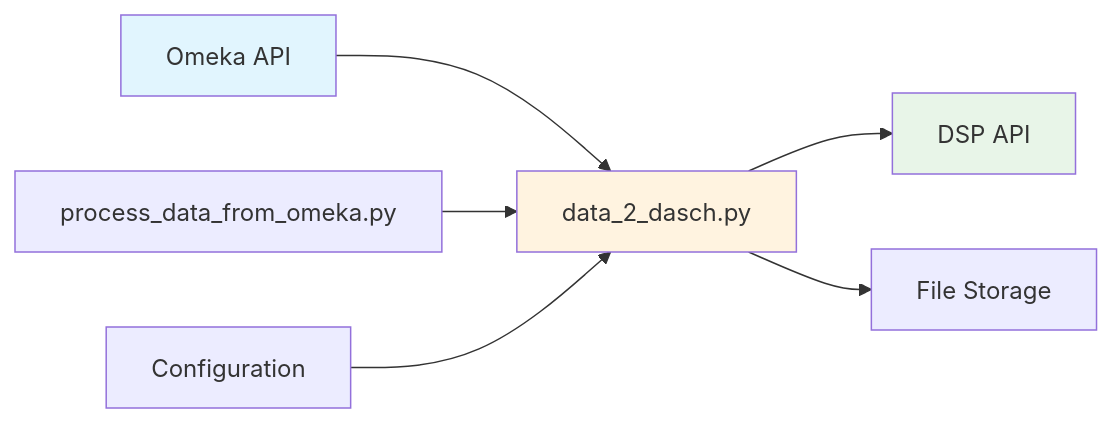
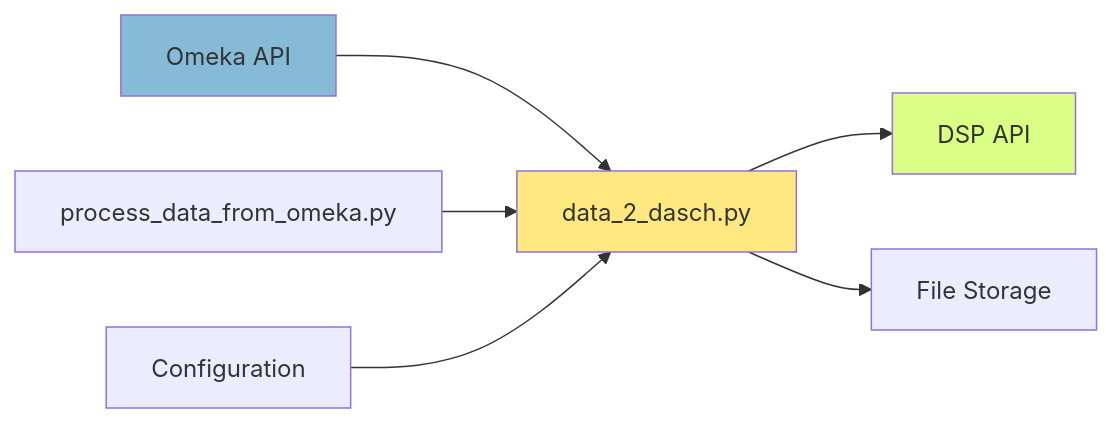
The diagram in docs/index.qmd (Stadt-Geschichte-Basel/omeka2dsp), drawn with Mermaid before and after one commit. The commit also changed other lines of this file and 22 other files, not shown here.

````diff
--- a/docs/index.qmd
+++ b/docs/index.qmd
@@ -52,13 +52,13 @@
 ```{mermaid}
 graph LR
     A[Omeka API] --> B[data_2_dasch.py]
     B --> C[DSP API]
     B --> D[File Storage]
     
     E[process_data_from_omeka.py] --> B
     F[Configuration] --> B
     
-    style A fill:#e1f5fe
-    style C fill:#e8f5e8
-    style B fill:#fff3e0
+    style A fill:#86bbd8
+    style C fill:#dbfe87
+    style B fill:#ffe880
 ```
````
